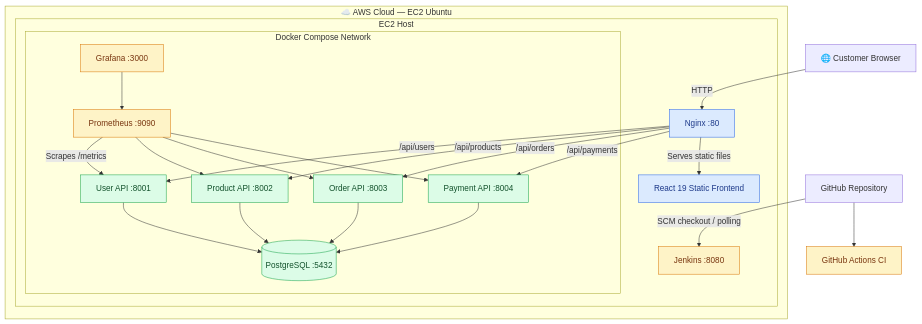
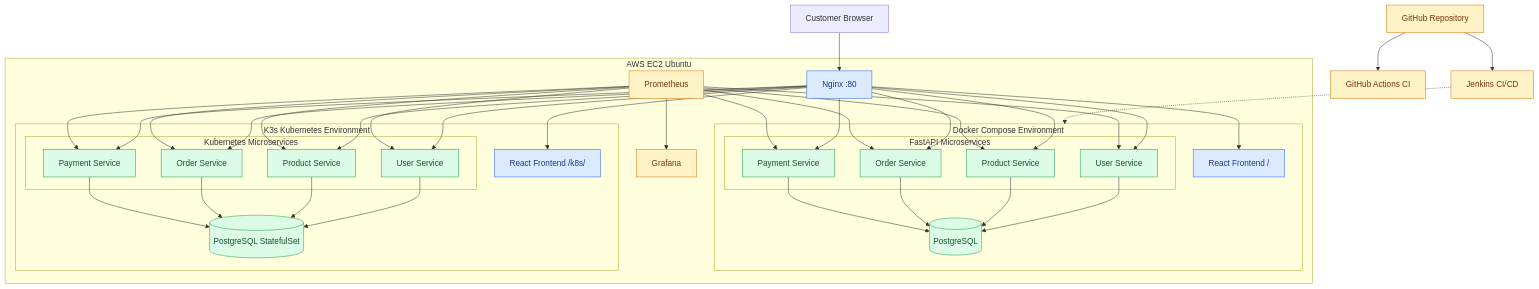
The first of 3 diagrams in README.md (ahmad24mliwala/shopsphere-devops-platform), drawn with Mermaid before and after one commit. The commit also changed other lines of this file, not shown here.

Commit message:
docs: improve project README and architecture diagram

````diff
--- a/README.md
+++ b/README.md
@@ -52,51 +64,81 @@
 ```mermaid
 flowchart TB
-    User["🌐 Customer Browser"]
+    USER["Customer Browser"]
     GH["GitHub Repository"]
     GHA["GitHub Actions CI"]
+    JENKINS["Jenkins CI/CD"]
 
-    subgraph AWS["☁️ AWS Cloud — EC2 Ubuntu"]
-        subgraph HOST["EC2 Host"]
-            NGINX["Nginx :80"]
-            REACT["React 19 Static Frontend"]
-            subgraph DOCKER["Docker Compose Network"]
-                US["User API :8001"]
-                PS["Product API :8002"]
-                OS["Order API :8003"]
-                PAY["Payment API :8004"]
-                DB[("PostgreSQL :5432")]
-                PROM["Prometheus :9090"]
-                GRAF["Grafana :3000"]
+    subgraph AWS["AWS EC2 Ubuntu"]
+        NGINX["Nginx :80"]
+
+        subgraph COMPOSE["Docker Compose Environment"]
+            REACT["React Frontend /"]
+            subgraph SERVICES["FastAPI Microservices"]
+                U["User Service"]
+                P["Product Service"]
+                O["Order Service"]
+                PAY["Payment Service"]
             end
-            JENKINS["Jenkins :8080"]
+            DB[("PostgreSQL")]
         end
+
+        subgraph K3S["K3s Kubernetes Environment"]
+            KFRONT["React Frontend /k8s/"]
+            subgraph KAPPS["Kubernetes Microservices"]
+                KU["User Service"]
+                KP["Product Service"]
+                KO["Order Service"]
+                KPAY["Payment Service"]
+            end
+            KDB[("PostgreSQL StatefulSet")]
+        end
+
+        PROM["Prometheus"]
+        GRAF["Grafana"]
     end
 
-    User -->|"HTTP"| NGINX
-    NGINX -->|"Serves static files"| REACT
-    NGINX -->|"/api/users"| US
-    NGINX -->|"/api/products"| PS
-    NGINX -->|"/api/orders"| OS
-    NGINX -->|"/api/payments"| PAY
+    USER --> NGINX
+    NGINX --> REACT
+    NGINX --> KFRONT
+    NGINX --> U
+    NGINX --> P
+    NGINX --> O
+    NGINX --> PAY
+    NGINX --> KU
+    NGINX --> KP
+    NGINX --> KO
+    NGINX --> KPAY
 
-    US --> DB
-    PS --> DB
-    OS --> DB
+    U --> DB
+    P --> DB
+    O --> DB
     PAY --> DB
 
-    PROM -->|"Scrapes /metrics"| US
-    PROM --> PS
-    PROM --> OS
-    PROM --> PAY
-    GRAF --> PROM
+    KU --> KDB
+    KP --> KDB
+    KO --> KDB
+    KPAY --> KDB
 
     GH --> GHA
-    GH -->|"SCM checkout / polling"| JENKINS
+    GH --> JENKINS
+    JENKINS -.-> COMPOSE
+
+    PROM --> U
+    PROM --> P
+    PROM --> O
+    PROM --> PAY
+    PROM --> KU
+    PROM --> KP
+    PROM --> KO
+    PROM --> KPAY
+    PROM --> GRAF
 
     classDef frontend fill:#dbeafe,stroke:#2563eb,color:#1e3a8a
     classDef backend fill:#dcfce7,stroke:#16a34a,color:#14532d
     classDef ops fill:#fef3c7,stroke:#d97706,color:#78350f
-    class REACT,NGINX frontend
-    class US,PS,OS,PAY,DB backend
-    class JENKINS,PROM,GRAF,GHA ops
+
+    class NGINX,REACT,KFRONT frontend
+    class U,P,O,PAY,DB,KU,KP,KO,KPAY,KDB backend
+    class GH,GHA,JENKINS,PROM,GRAF ops
+
 ```
````
